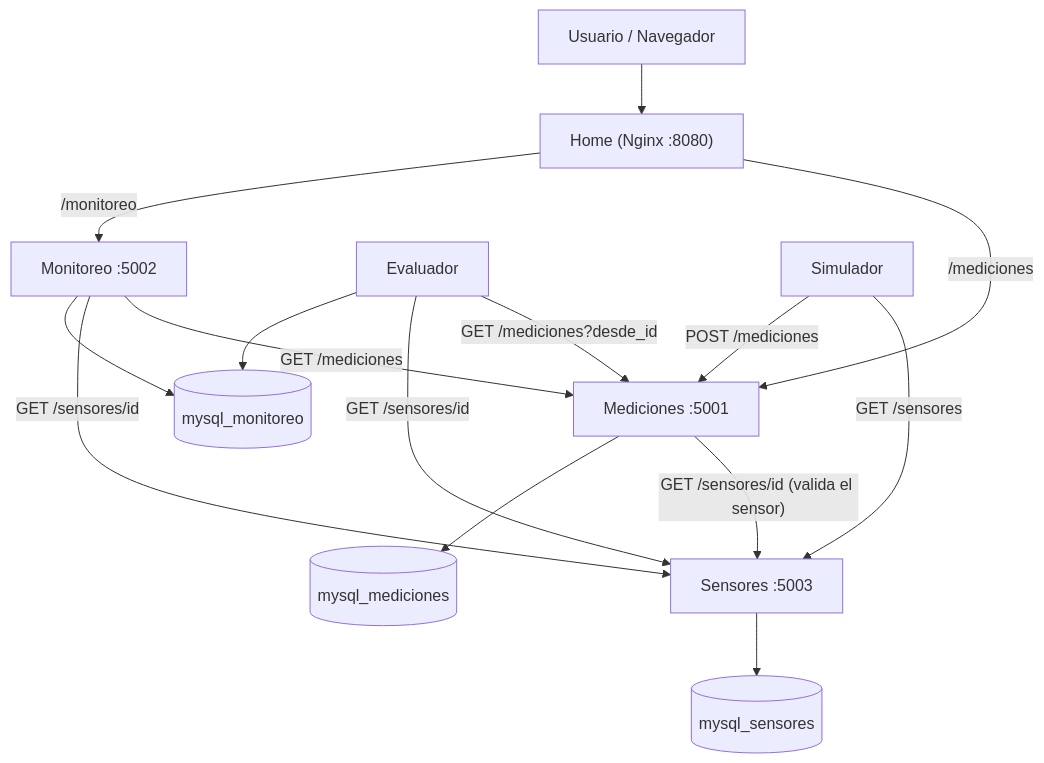
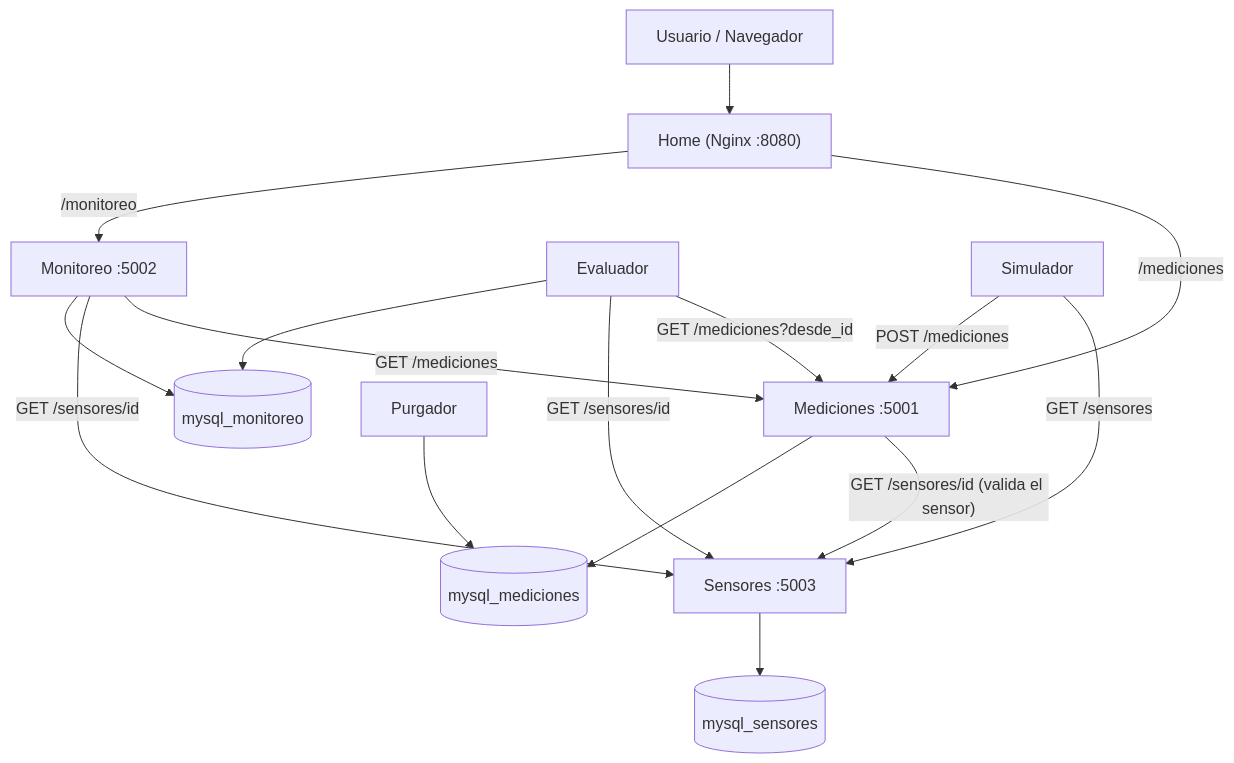
The diagram in README.md (ngcddev/Sistema-Distribuido-de-Monitoreo-IoT-Simulado), drawn with Mermaid before and after one commit. The commit also changed other lines of this file and 24 other files, not shown here.

````diff
--- a/README.md
+++ b/README.md
@@ -37,17 +37,18 @@
 ```mermaid
 flowchart TD
     U[Usuario / Navegador] --> H["Home (Nginx :8080)"]
     H -- "/mediciones" --> M["Mediciones :5001"]
     H -- "/monitoreo" --> MO["Monitoreo :5002"]
     MO -- "GET /mediciones" --> M
     MO -- "GET /sensores/id" --> S["Sensores :5003"]
     M -- "GET /sensores/id (valida el sensor)" --> S
     EV[Evaluador] -- "GET /mediciones?desde_id" --> M
     EV -- "GET /sensores/id" --> S
     EV --> DBMO
+    PU[Purgador] --> DBM
     SIM[Simulador] -- "GET /sensores" --> S
     SIM -- "POST /mediciones" --> M
     M --> DBM[("mysql_mediciones")]
     S --> DBS[("mysql_sensores")]
     MO --> DBMO[("mysql_monitoreo")]
 ```
````
